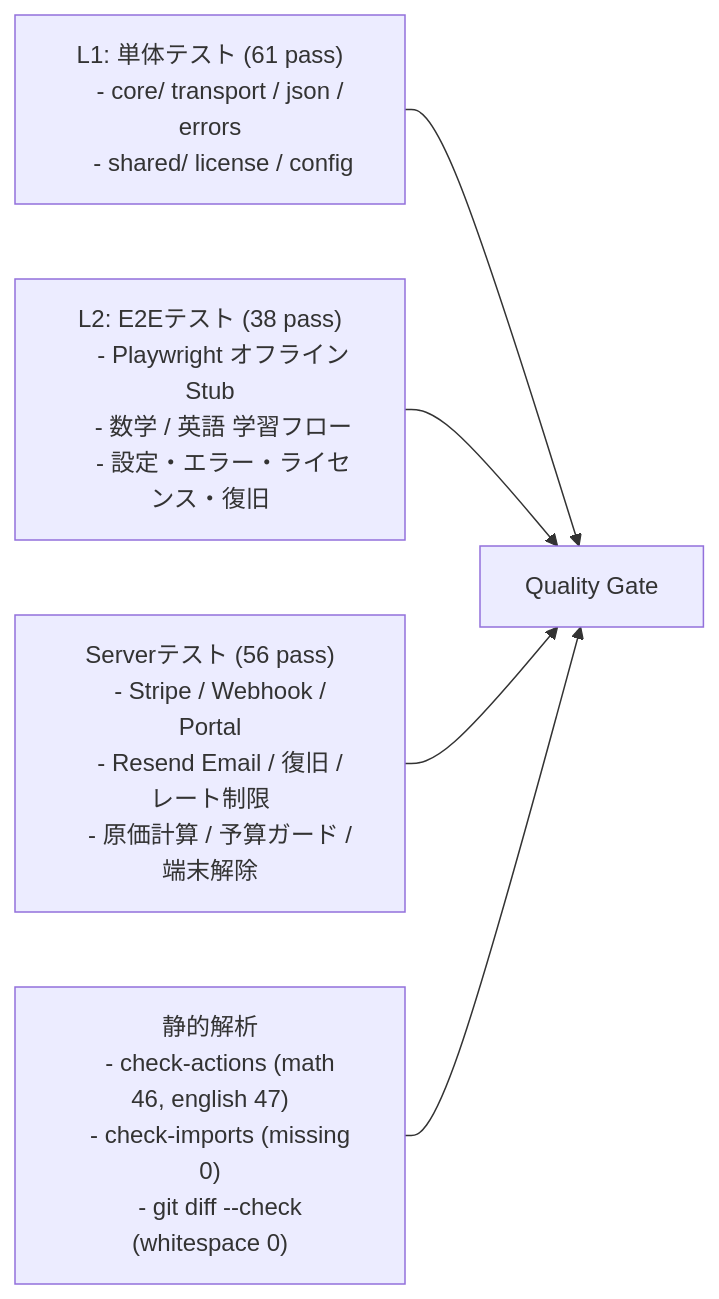
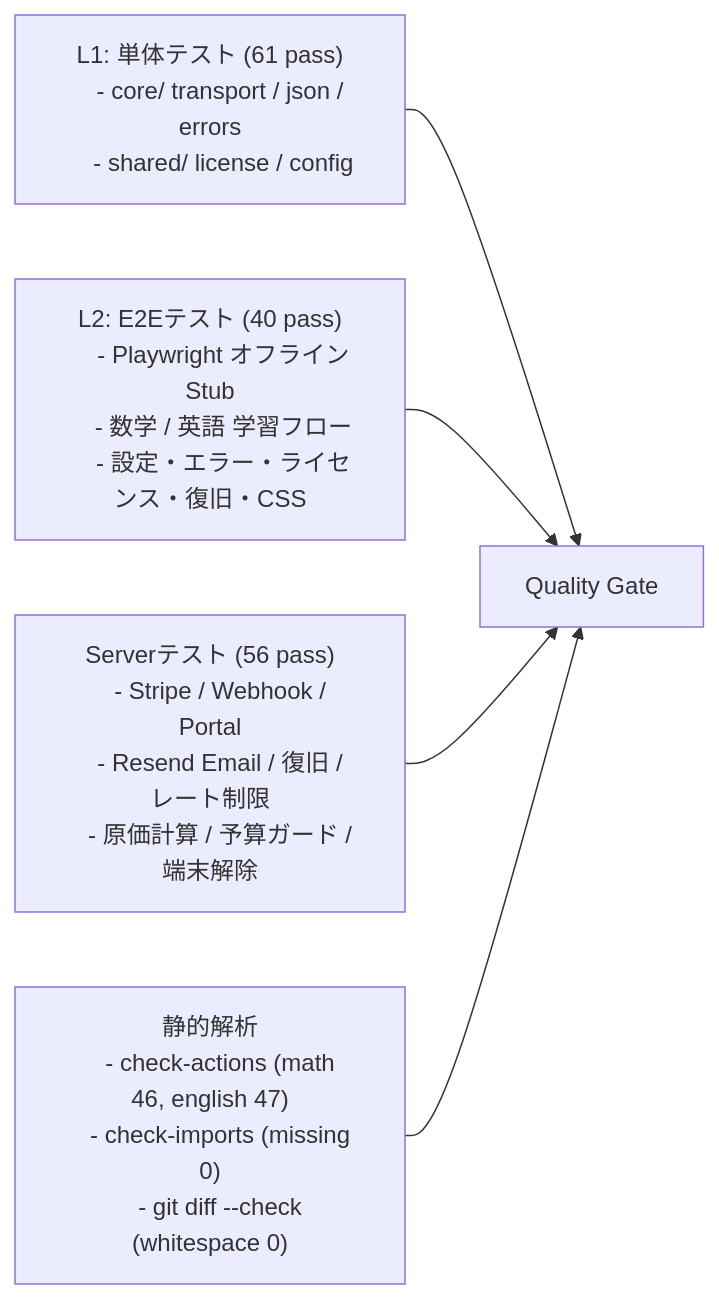
Before and after one commit to g4pjo75-gif/ai-math-tutor: the second of 2 diagrams in docs/ARCHITECTURE.md, drawn with Mermaid. The commit also changed other lines of this file and 2 other files, not shown here.

````diff
--- a/docs/ARCHITECTURE.md
+++ b/docs/ARCHITECTURE.md
@@ -172,23 +175,23 @@
 ```mermaid
 flowchart LR
     L1["L1: 単体テスト (61 pass)
     - core/ transport / json / errors
     - shared/ license / config"]
-    L2["L2: E2Eテスト (38 pass)
+    L2["L2: E2Eテスト (40 pass)
     - Playwright オフラインStub
     - 数学 / 英語 学習フロー
-    - 設定・エラー・ライセンス・復旧"]
+    - 設定・エラー・ライセンス・復旧・CSS"]
     Server["Serverテスト (56 pass)
     - Stripe / Webhook / Portal
     - Resend Email / 復旧 / レート制限
     - 原価計算 / 予算ガード / 端末解除"]
     Static["静的解析
     - check-actions (math 46, english 47)
     - check-imports (missing 0)
     - git diff --check (whitespace 0)"]
 
     L1 --> Gate["Quality Gate"]
     L2 --> Gate
     Server --> Gate
     Static --> Gate
 ```
````
